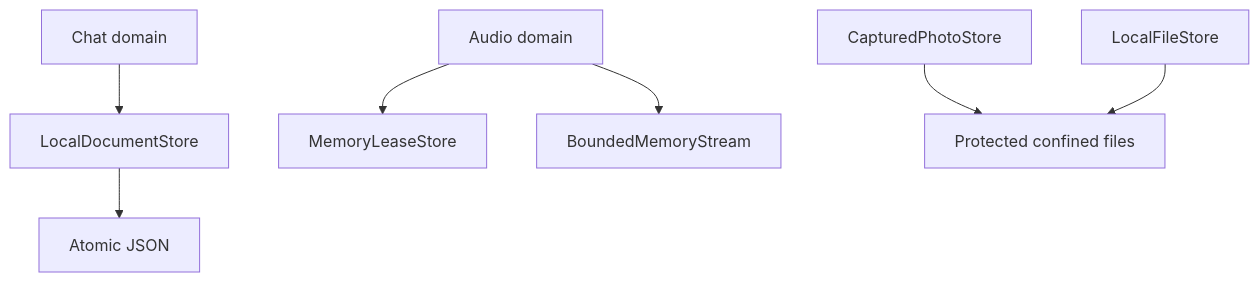
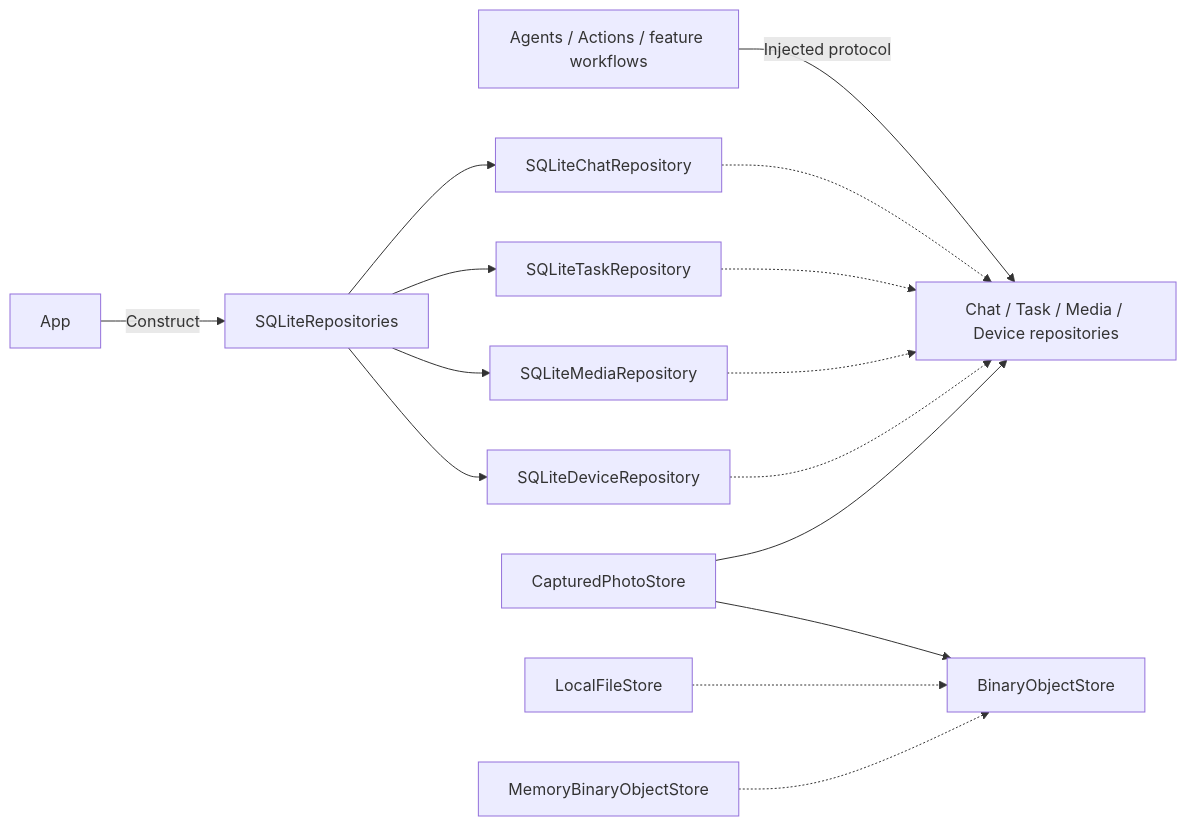
One commit to devilyouwei/MobileHarness changed the diagram in MobileHarness/Storage/README.md. Above: the diagram before and after it, drawn with Mermaid. The commit also changed other lines of this file and 374 other files, not shown here.

````diff
--- a/MobileHarness/Storage/README.md
+++ b/MobileHarness/Storage/README.md
@@ -27,9 +9,17 @@
 ```mermaid
-flowchart TB
- Chat[Chat domain] --> Documents[LocalDocumentStore]
- Audio[Audio domain] --> Leases[MemoryLeaseStore]
- Audio --> Streams[BoundedMemoryStream]
- Photos[CapturedPhotoStore] --> Files[Protected confined files]
- Documents --> Disk[Atomic JSON]
- LocalFiles[LocalFileStore] --> Files
+flowchart LR
+ App -->|Construct| SQL[SQLiteRepositories]
+ SQL --> ChatSQL[SQLiteChatRepository]
+ SQL --> TaskSQL[SQLiteTaskRepository]
+ SQL --> MediaSQL[SQLiteMediaRepository]
+ SQL --> DeviceSQL[SQLiteDeviceRepository]
+ Consumer[Agents / Actions / feature workflows] -->|Injected protocol| Contracts[Chat / Task / Media / Device repositories]
+ ChatSQL -.-> Contracts
+ TaskSQL -.-> Contracts
+ MediaSQL -.-> Contracts
+ DeviceSQL -.-> Contracts
+ Media[CapturedPhotoStore] --> Contracts
+ Media --> Binary[BinaryObjectStore]
+ File[LocalFileStore] -.-> Binary
+ Memory[MemoryBinaryObjectStore] -.-> Binary
 ```
````
